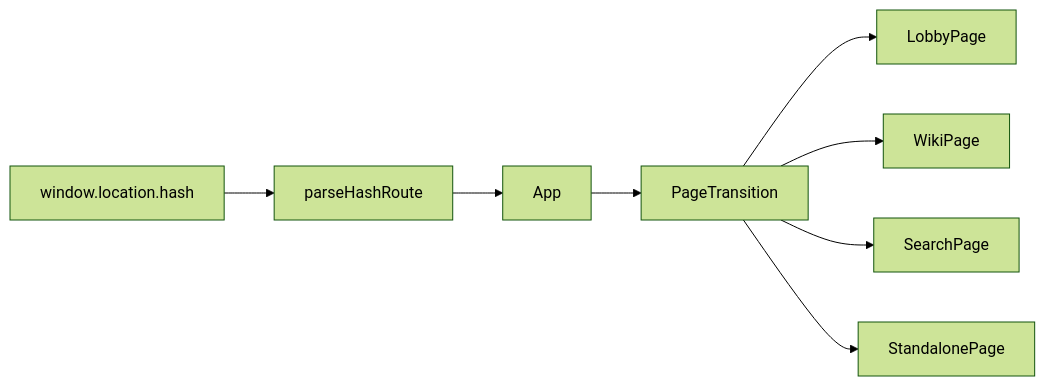
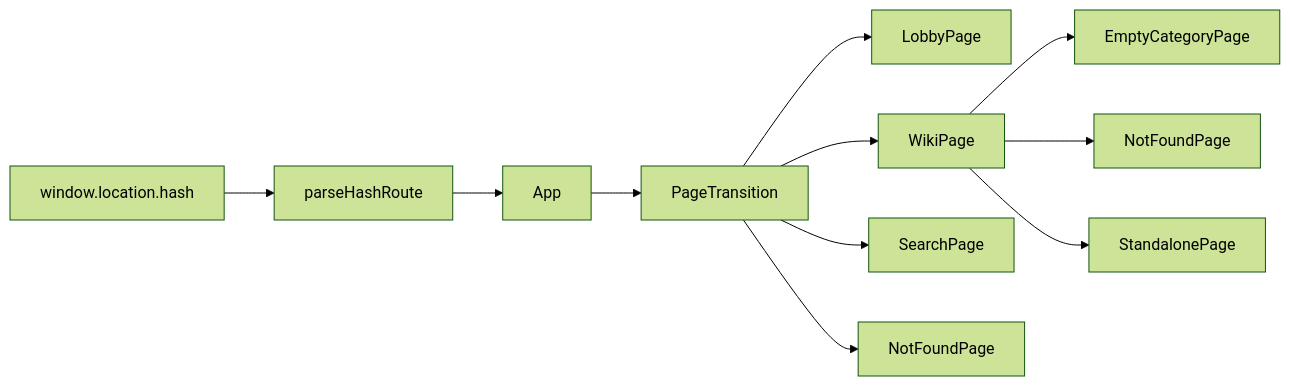
The first of 5 diagrams in docs/web-interface-spec.md (EchidnaRezero/SeraphField2), drawn with Mermaid (forest theme) before and after one commit. The commit also changed other lines of this file and 36 other files, not shown here.

````diff
--- a/docs/web-interface-spec.md
+++ b/docs/web-interface-spec.md
@@ -45,10 +49,13 @@
 ```mermaid
 flowchart LR
     Hash["window.location.hash"] --> Route["parseHashRoute"]
     Route --> App["App"]
     App --> Transition["PageTransition"]
     Transition --> Lobby["LobbyPage"]
     Transition --> Wiki["WikiPage"]
     Transition --> Search["SearchPage"]
-    Transition --> Standalone["StandalonePage"]
+    Transition --> NotFound["NotFoundPage"]
+    Wiki --> EmptyCategory["EmptyCategoryPage"]
+    Wiki --> WikiNotFound["NotFoundPage"]
+    Wiki --> Standalone["StandalonePage"]
 ```
````
